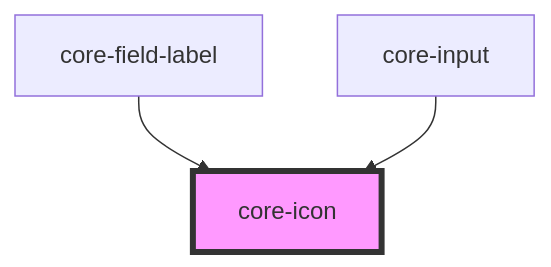
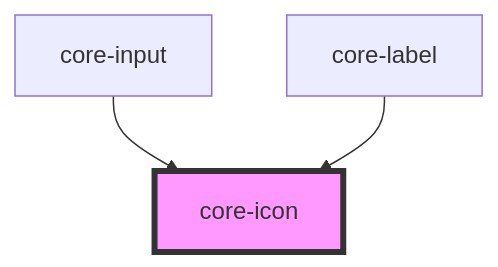
Before and after one commit to iFixit/core-design: the diagram in src/components/core-icon/readme.md, drawn with Mermaid. The commit also changed other lines of this file and 8 other files, not shown here.

````diff
--- a/src/components/core-icon/readme.md
+++ b/src/components/core-icon/readme.md
@@ -26,6 +27,6 @@
 ```mermaid
 graph TD;
-  core-field-label --> core-icon
   core-input --> core-icon
+  core-label --> core-icon
   style core-icon fill:#f9f,stroke:#333,stroke-width:4px
 ```
````
